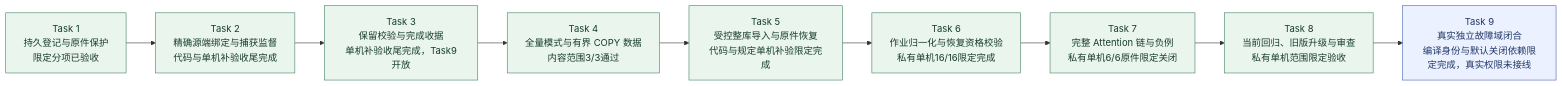
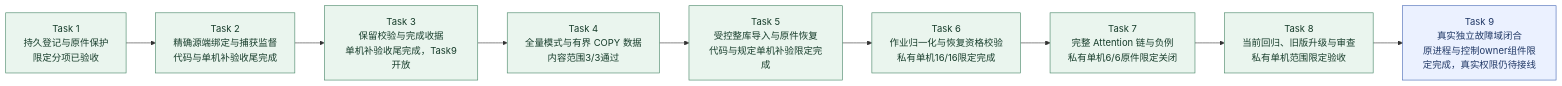
One commit to MansurnamedZhang/learning-system-p0c4 changed the second of 9 diagrams in docs/KnowWeave实施路线与系统架构.md. Above: the diagram before and after it, drawn with Mermaid. The commit also changed other lines of this file and 11 other files, not shown here.

````diff
--- a/docs/KnowWeave实施路线与系统架构.md
+++ b/docs/KnowWeave实施路线与系统架构.md
@@ -80,25 +80,25 @@
 ```mermaid
 flowchart LR
     C4T1["Task 1<br/>持久登记与原件保护<br/>限定分项已验收"]
     C4T2["Task 2<br/>精确源端绑定与捕获监督<br/>代码与单机补验收尾完成"]
     C4T3["Task 3<br/>保留校验与完成收据<br/>单机补验收尾完成，Task9开放"]
     C4T4["Task 4<br/>全量模式与有界 COPY 数据<br/>内容范围3/3通过"]
     C4T5["Task 5<br/>受控整库导入与原件恢复<br/>代码与规定单机补验限定完成"]
     C4T6["Task 6<br/>作业归一化与恢复资格校验<br/>私有单机16/16限定完成"]
     C4T7["Task 7<br/>完整 Attention 链与负例<br/>私有单机6/6原件限定关闭"]
     C4T8["Task 8<br/>当前回归、旧版升级与审查<br/>私有单机范围限定验收"]
-    C4T9["Task 9<br/>真实独立故障域闭合<br/>编译身份与默认关闭依赖限定完成，真实权限未接线"]
+    C4T9["Task 9<br/>真实独立故障域闭合<br/>原进程与控制owner组件限定完成，真实权限仍待接线"]
     C4T1 --> C4T2
     C4T2 --> C4T3
     C4T3 --> C4T4
     C4T4 --> C4T5
     C4T5 --> C4T6
     C4T6 --> C4T7
     C4T7 --> C4T8
     C4T8 --> C4T9
     class C4T1,C4T2,C4T3,C4T4,C4T5,C4T6,C4T7,C4T8 done
     class C4T9 next
     classDef done fill:#eaf5ee,stroke:#438363,color:#173d2b
     classDef next fill:#ebf1ff,stroke:#4365b4,color:#203866
     classDef planned fill:#f2f4f8,stroke:#8591a3,color:#28354b
 ```
````
